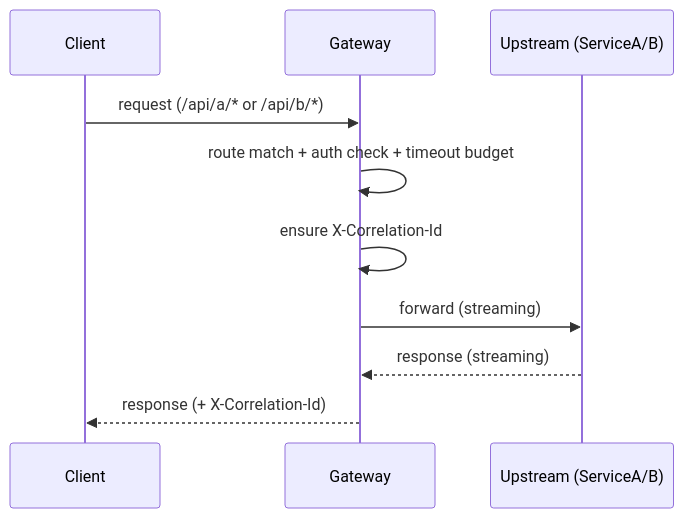
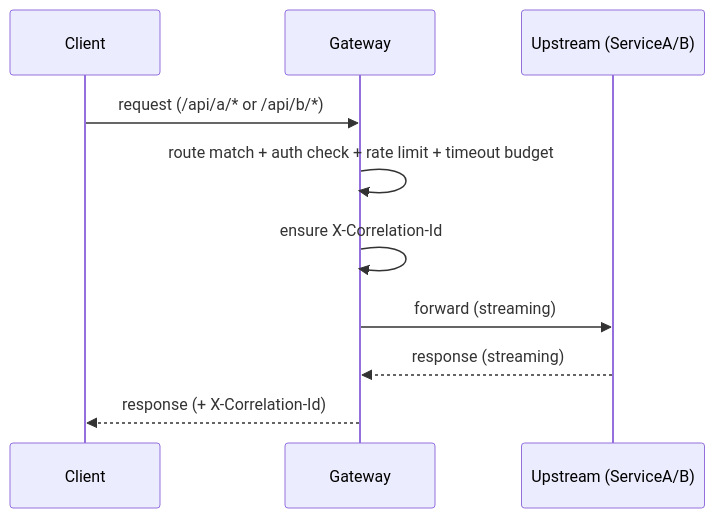
The first of 3 diagrams in README.md (Am64r/mini-gateway), drawn with Mermaid before and after one commit. The commit also changed other lines of this file and 5 other files, not shown here.

````diff
--- a/README.md
+++ b/README.md
@@ -7,13 +7,13 @@
 ```mermaid
 sequenceDiagram
     participant C as Client
     participant G as Gateway
     participant U as Upstream (ServiceA/B)
 
     C->>G: request (/api/a/* or /api/b/*)
-    G->>G: route match + auth check + timeout budget
+    G->>G: route match + auth check + rate limit + timeout budget
     G->>G: ensure X-Correlation-Id
     G->>U: forward (streaming)
     U-->>G: response (streaming)
     G-->>C: response (+ X-Correlation-Id)
 ```
````
